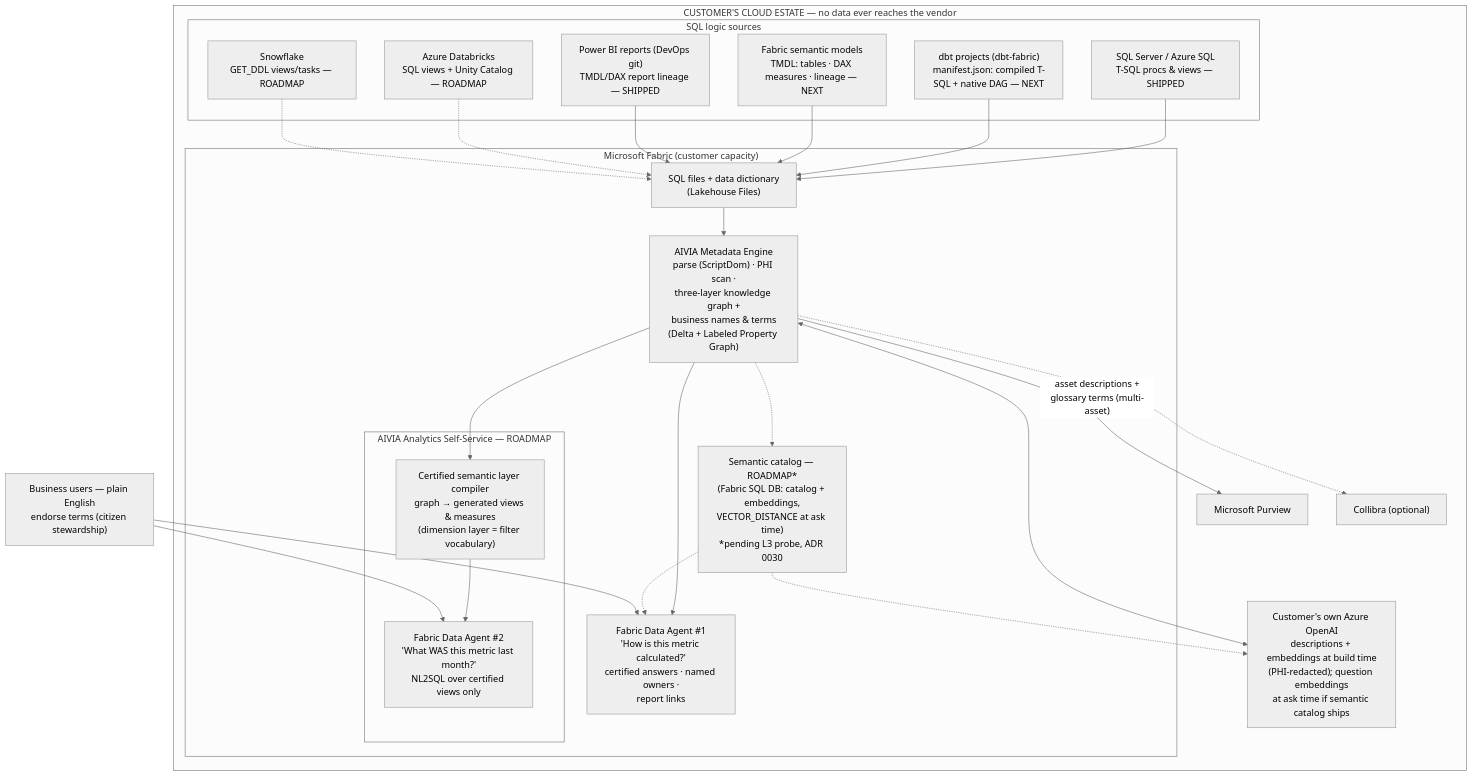
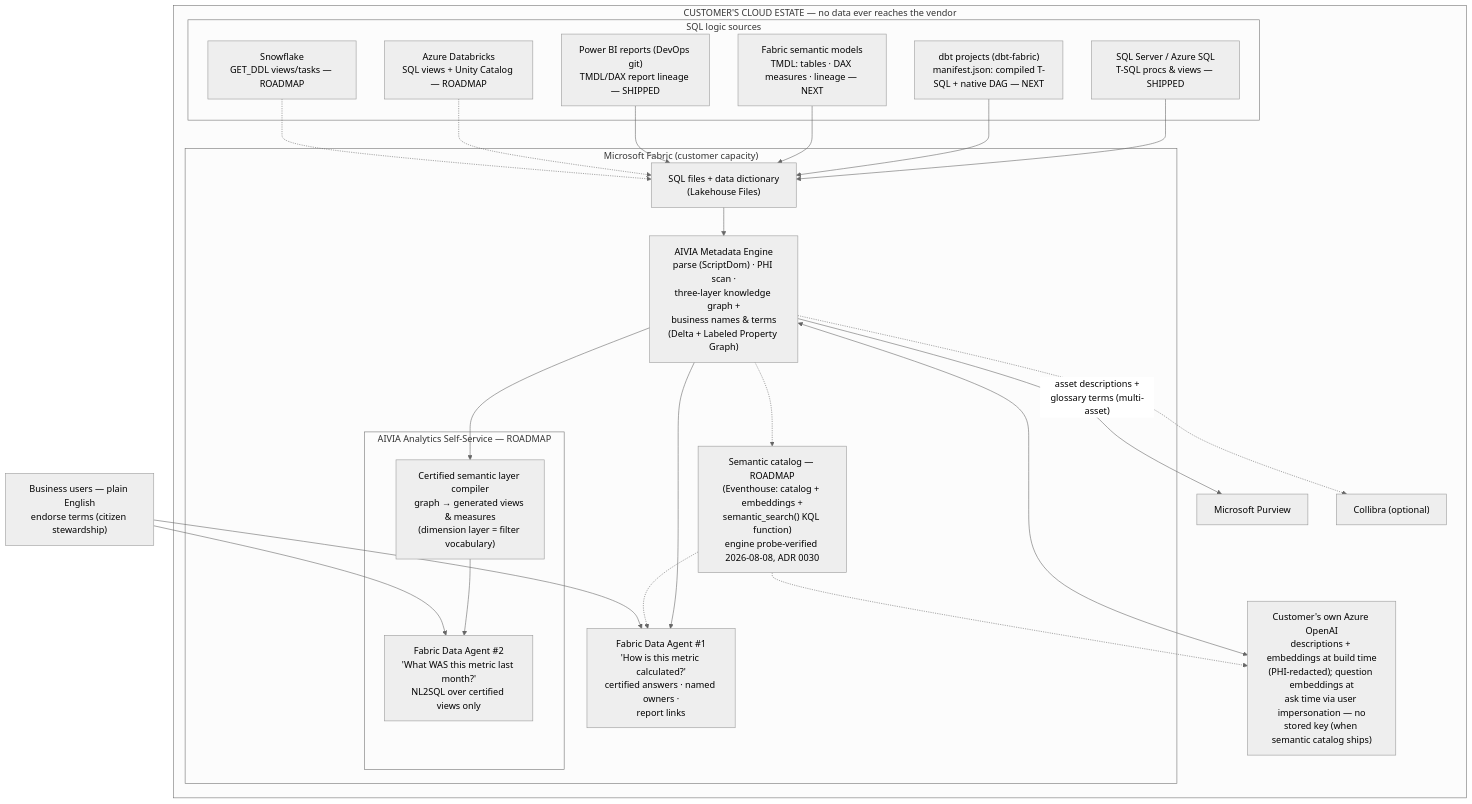
The diagram in docs/architecture/REFERENCE_ARCHITECTURE.md (sunnyzhengai/sql-query-agent), drawn with Mermaid (neutral theme) before and after one commit. The commit also changed other lines of this file, not shown here.

First line of the commit message:
Reference architecture: semantic catalog named — Eventhouse, probe-verified

````diff
--- a/docs/architecture/REFERENCE_ARCHITECTURE.md
+++ b/docs/architecture/REFERENCE_ARCHITECTURE.md
@@ -11,46 +11,46 @@
 ```mermaid
 flowchart TB
     subgraph ESTATE["CUSTOMER'S CLOUD ESTATE — no data ever reaches the vendor"]
         subgraph SRC["SQL logic sources"]
             TSQL["SQL Server / Azure SQL<br/>T-SQL procs & views — SHIPPED"]
             DBT["dbt projects (dbt-fabric)<br/>manifest.json: compiled T-SQL + native DAG — NEXT"]
             SM["Fabric semantic models<br/>TMDL: tables · DAX measures · lineage — NEXT"]
             PBIR["Power BI reports (DevOps git)<br/>TMDL/DAX report lineage — SHIPPED"]
             DBX["Azure Databricks<br/>SQL views + Unity Catalog — ROADMAP"]
             SNOW["Snowflake<br/>GET_DDL views/tasks — ROADMAP"]
         end
         subgraph FABRIC["Microsoft Fabric (customer capacity)"]
             FILES["SQL files + data dictionary<br/>(Lakehouse Files)"]
             ENGINE["AIVIA Metadata Engine<br/>parse (ScriptDom) · PHI scan ·<br/>three-layer knowledge graph +<br/>business names & terms<br/>(Delta + Labeled Property Graph)"]
-            SEMCAT["Semantic catalog — ROADMAP*<br/>(Fabric SQL DB: catalog + embeddings,<br/>VECTOR_DISTANCE at ask time)<br/>*pending L3 probe, ADR 0030"]
+            SEMCAT["Semantic catalog — ROADMAP<br/>(Eventhouse: catalog + embeddings +<br/>semantic_search() KQL function)<br/>engine probe-verified 2026-08-08, ADR 0030"]
             MAGENT["Fabric Data Agent #1<br/>'How is this metric calculated?'<br/>certified answers · named owners ·<br/>report links"]
             subgraph SS["AIVIA Analytics Self-Service — ROADMAP"]
                 COMPILER["Certified semantic layer compiler<br/>graph → generated views & measures<br/>(dimension layer = filter vocabulary)"]
                 SAGENT["Fabric Data Agent #2<br/>'What WAS this metric last month?'<br/>NL2SQL over certified views only"]
             end
         end
-        AOAI["Customer's own Azure OpenAI<br/>descriptions + embeddings at build time<br/>(PHI-redacted); question embeddings<br/>at ask time if semantic catalog ships"]
+        AOAI["Customer's own Azure OpenAI<br/>descriptions + embeddings at build time<br/>(PHI-redacted); question embeddings at<br/>ask time via user impersonation — no<br/>stored key (when semantic catalog ships)"]
         PURVIEW["Microsoft Purview"]
         COLLIBRA["Collibra (optional)"]
     end
     USERS["Business users — plain English<br/>endorse terms (citizen stewardship)"]
 
     TSQL --> FILES
     DBT --> FILES
     SM --> FILES
     PBIR --> FILES
     DBX -.-> FILES
     SNOW -.-> FILES
     FILES --> ENGINE
     ENGINE --> MAGENT
     ENGINE -.-> SEMCAT
     SEMCAT -.-> MAGENT
     ENGINE <--> AOAI
     SEMCAT -.-> AOAI
     ENGINE -->|"asset descriptions +<br/>glossary terms (multi-asset)"| PURVIEW
     ENGINE -.-> COLLIBRA
     ENGINE --> COMPILER
     COMPILER --> SAGENT
     USERS --> MAGENT
     USERS --> SAGENT
 ```
````
